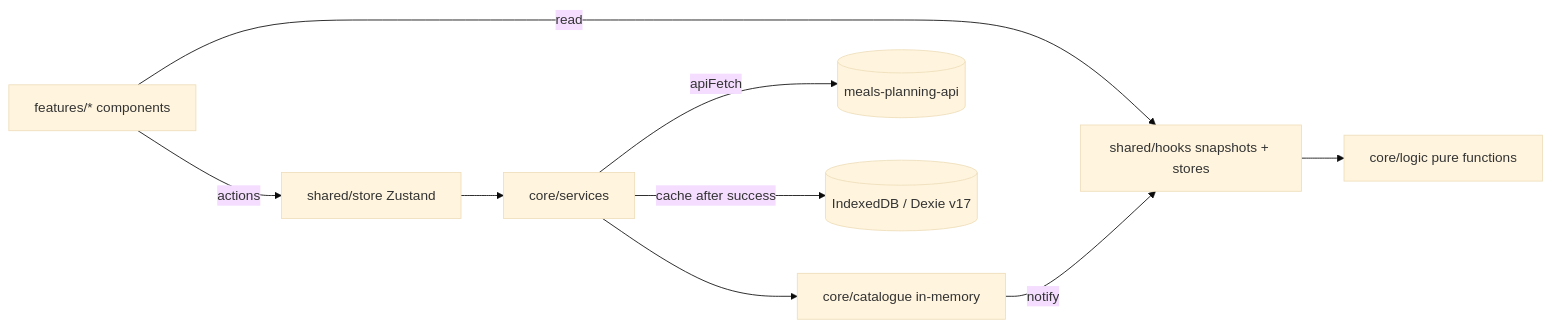
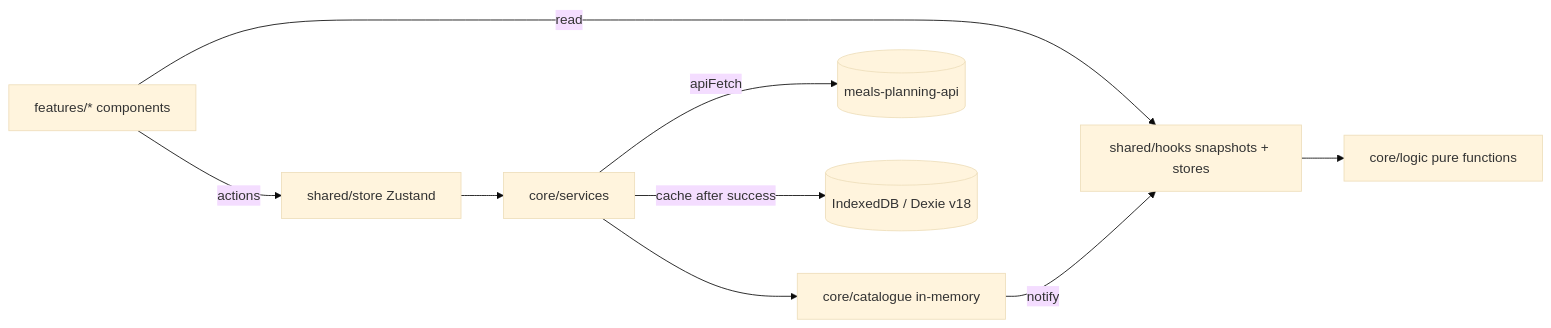
One commit to Jduquenne/artemis-foodlab changed the diagram in docs/architecture.md. Above: the diagram before and after it, drawn with Mermaid (base theme). The commit also changed other lines of this file and 13 other files, not shown here.

````diff
--- a/docs/architecture.md
+++ b/docs/architecture.md
@@ -9,11 +9,11 @@
 ```mermaid
 flowchart LR
   UI[features/* components] -->|read| Snap[shared/hooks snapshots + stores]
   UI -->|actions| Store[shared/store Zustand]
   Store --> Svc[core/services]
   Svc -->|apiFetch| API[(meals-planning-api)]
-  Svc -->|cache after success| IDB[(IndexedDB / Dexie v17)]
+  Svc -->|cache after success| IDB[(IndexedDB / Dexie v18)]
   Svc --> Cat[core/catalogue in-memory]
   Cat -->|notify| Snap
   Snap --> Logic[core/logic pure functions]
 ```
````
